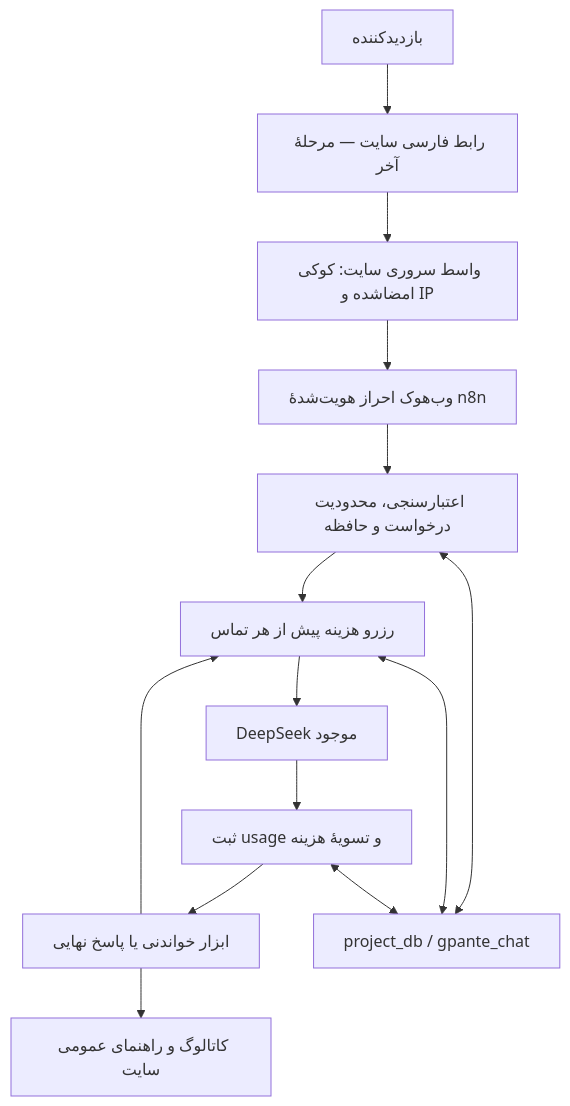
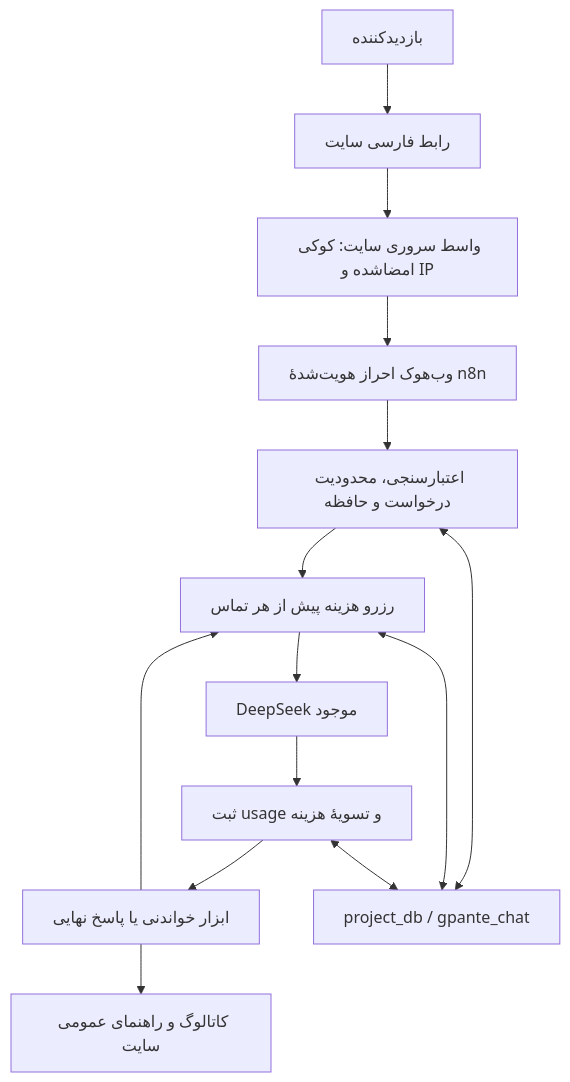
The diagram in README.md (vahid162/n8n-chat-gpante.com), drawn with Mermaid before and after one commit. The commit also changed other lines of this file and 6 other files, not shown here.

````diff
--- a/README.md
+++ b/README.md
@@ -37,16 +37,16 @@
 ```mermaid
 flowchart TD
-    A["بازدیدکننده"] --> B["رابط فارسی سایت — مرحلهٔ آخر"]
+    A["بازدیدکننده"] --> B["رابط فارسی سایت"]
     B --> C["واسط سروری سایت: کوکی امضاشده و IP"]
     C --> D["وب‌هوک احراز هویت‌شدهٔ n8n"]
     D --> E["اعتبارسنجی، محدودیت درخواست و حافظه"]
     E --> F["رزرو هزینه پیش از هر تماس"]
     F --> G["DeepSeek موجود"]
     G --> H["ثبت usage و تسویهٔ هزینه"]
     H --> I["ابزار خواندنی یا پاسخ نهایی"]
     I --> J["کاتالوگ و راهنمای عمومی سایت"]
     I --> F
     E <--> K["project_db / gpante_chat"]
     F <--> K
     H <--> K
 ```
````
